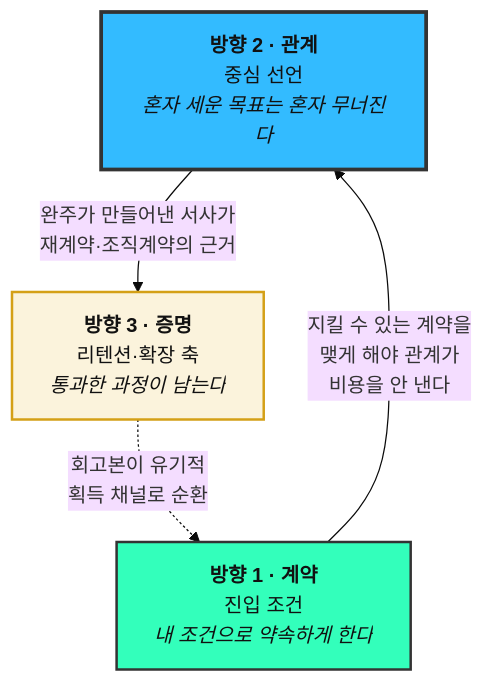
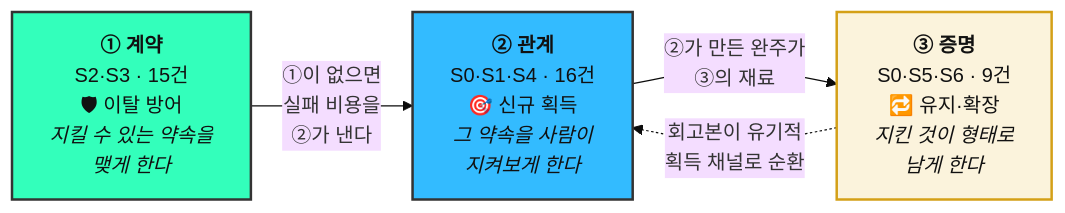
Before and after one commit to new-rim/business-research-practice-2026-sesac: the third of 3 diagrams in 08-고객가치선언문/value-goal-directions.md, drawn with Mermaid (base theme). The commit also changed other lines of this file, not shown here.

````diff
--- a/08-고객가치선언문/value-goal-directions.md
+++ b/08-고객가치선언문/value-goal-directions.md
@@ -323,14 +408,14 @@
 ```mermaid
-graph TB
-    C["<b>방향 2 · 관계</b><br/>중심 선언<br/><i>혼자 세운 목표는 혼자 무너진다</i>"]:::core
-    A["<b>방향 1 · 계약</b><br/>진입 조건<br/><i>내 조건으로 약속하게 한다</i>"]:::gate
-    B["<b>방향 3 · 증명</b><br/>리텐션·확장 축<br/><i>통과한 과정이 남는다</i>"]:::ret
+graph LR
+    A["<b>① 계약</b><br/>S2·S3 · 15건<br/>🛡 이탈 방어<br/><i>지킬 수 있는 약속을<br/>맺게 한다</i>"]:::one
+    B["<b>② 관계</b><br/>S0·S1·S4 · 16건<br/>🎯 신규 획득<br/><i>그 약속을 사람이<br/>지켜보게 한다</i>"]:::two
+    C["<b>③ 증명</b><br/>S0·S5·S6 · 9건<br/>🔁 유지·확장<br/><i>지킨 것이 형태로<br/>남게 한다</i>"]:::three
 
-    A -->|"지킬 수 있는 계약을<br/>맺게 해야 관계가<br/>비용을 안 낸다"| C
-    C -->|"완주가 만들어낸 서사가<br/>재계약·조직계약의 근거"| B
-    B -.->|"회고본이 유기적<br/>획득 채널로 순환"| A
+    A -->|"①이 없으면<br/>실패 비용을<br/>②가 낸다"| B
+    B -->|"②가 만든 완주가<br/>③의 재료"| C
+    C -.->|"회고본이 유기적<br/>획득 채널로 순환"| B
 
-    classDef core fill:#33BBFF,stroke:#333,stroke-width:3px,color:#111;
-    classDef gate fill:#33FFBB,stroke:#333,stroke-width:2px,color:#111;
-    classDef ret fill:#FBF3DC,stroke:#D4A017,stroke-width:2px,color:#111;
+    classDef one fill:#33FFBB,stroke:#333,stroke-width:2px,color:#111;
+    classDef two fill:#33BBFF,stroke:#333,stroke-width:2px,color:#111;
+    classDef three fill:#FBF3DC,stroke:#D4A017,stroke-width:2px,color:#111;
 ```
````
